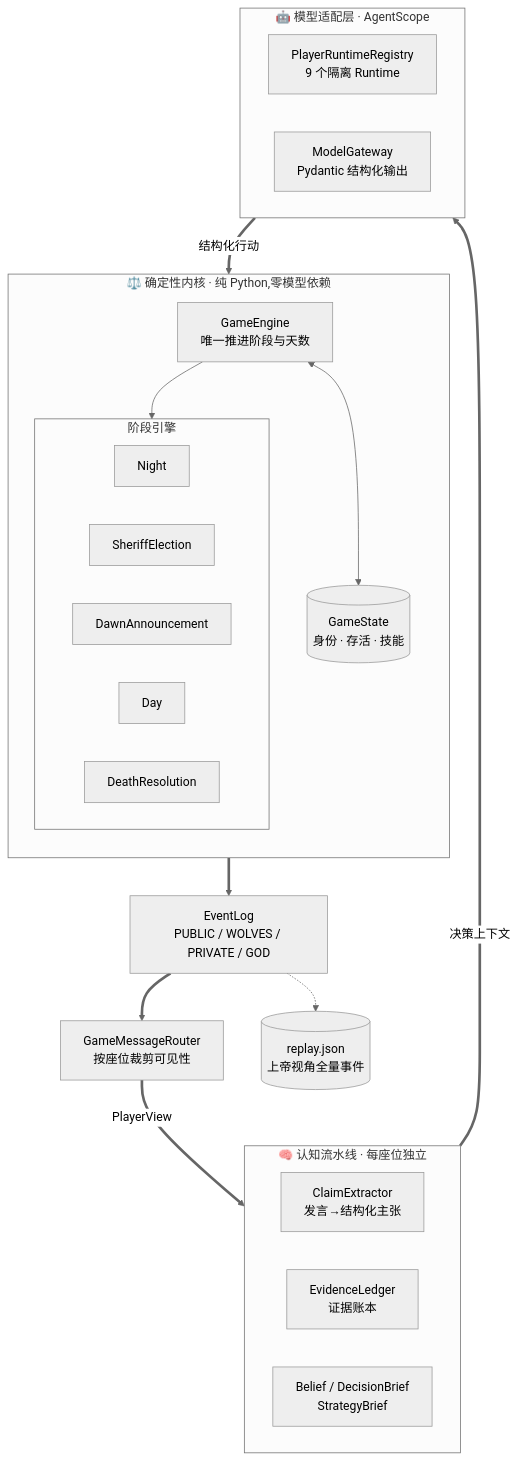
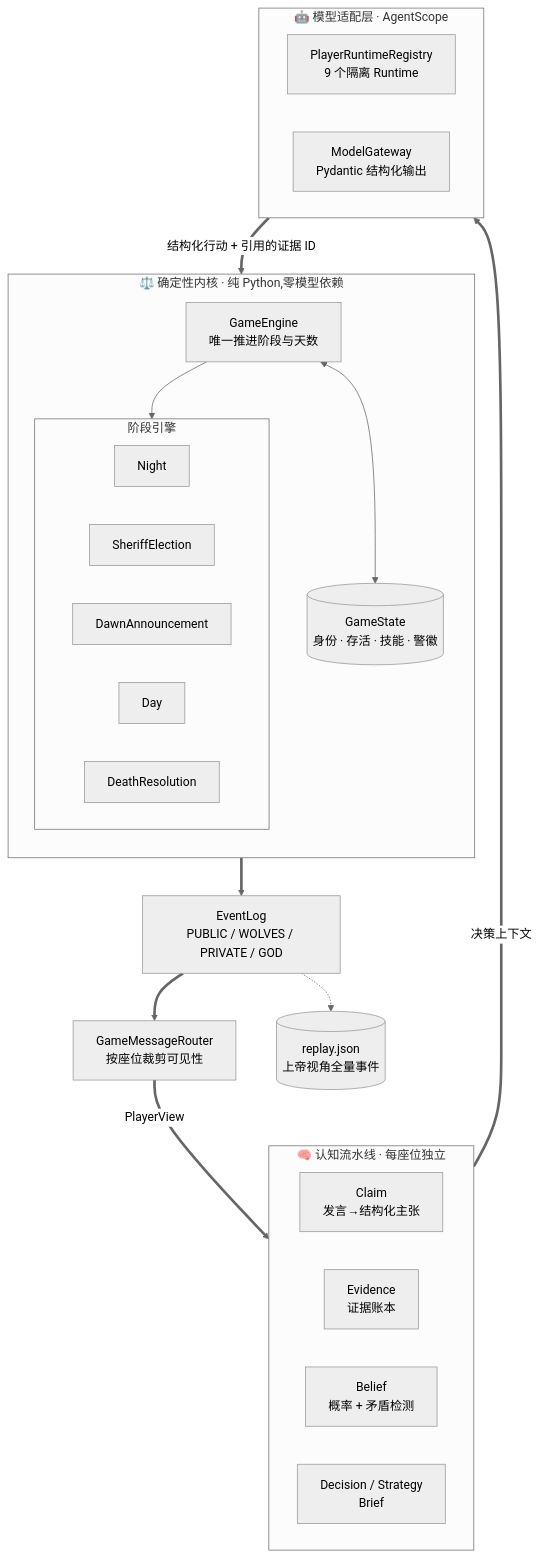
One commit to tangyutong2017-dot/wolfscope changed the first of 3 diagrams in README.md. Above: the diagram before and after it, drawn with Mermaid (neutral theme). The commit also changed other lines of this file, not shown here.

````diff
--- a/README.md
+++ b/README.md
@@ -66,43 +82,44 @@
 ```mermaid
 flowchart TB
     subgraph ENGINE ["⚖️ 确定性内核 · 纯 Python,零模型依赖"]
         direction TB
         GE["GameEngine<br/>唯一推进阶段与天数"]
         subgraph PHASES ["阶段引擎"]
             direction LR
             P1["Night"]
             P2["SheriffElection"]
             P3["DawnAnnouncement"]
             P4["Day"]
             P5["DeathResolution"]
         end
-        STATE[("GameState<br/>身份 · 存活 · 技能")]
+        STATE[("GameState<br/>身份 · 存活 · 技能 · 警徽")]
     end
 
     LOG["EventLog<br/>PUBLIC / WOLVES / PRIVATE / GOD"]
     ROUTER["GameMessageRouter<br/>按座位裁剪可见性"]
 
     subgraph COG ["🧠 认知流水线 · 每座位独立"]
         direction LR
-        C1["ClaimExtractor<br/>发言→结构化主张"]
-        C2["EvidenceLedger<br/>证据账本"]
-        C3["Belief / DecisionBrief<br/>StrategyBrief"]
+        C1["Claim<br/>发言→结构化主张"]
+        C2["Evidence<br/>证据账本"]
+        C3["Belief<br/>概率 + 矛盾检测"]
+        C4["Decision / Strategy<br/>Brief"]
     end
 
     subgraph MODEL ["🤖 模型适配层 · AgentScope"]
         direction LR
         M1["PlayerRuntimeRegistry<br/>9 个隔离 Runtime"]
         M2["ModelGateway<br/>Pydantic 结构化输出"]
     end
 
     REPLAY[("replay.json<br/>上帝视角全量事件")]
 
     GE --> PHASES
     GE <--> STATE
     GE ==> LOG
     LOG ==> ROUTER
     LOG -.-> REPLAY
     ROUTER ==>|"PlayerView"| COG
     COG ==>|"决策上下文"| MODEL
-    MODEL ==>|"结构化行动"| GE
+    MODEL ==>|"结构化行动 + 引用的证据 ID"| GE
 ```
````
